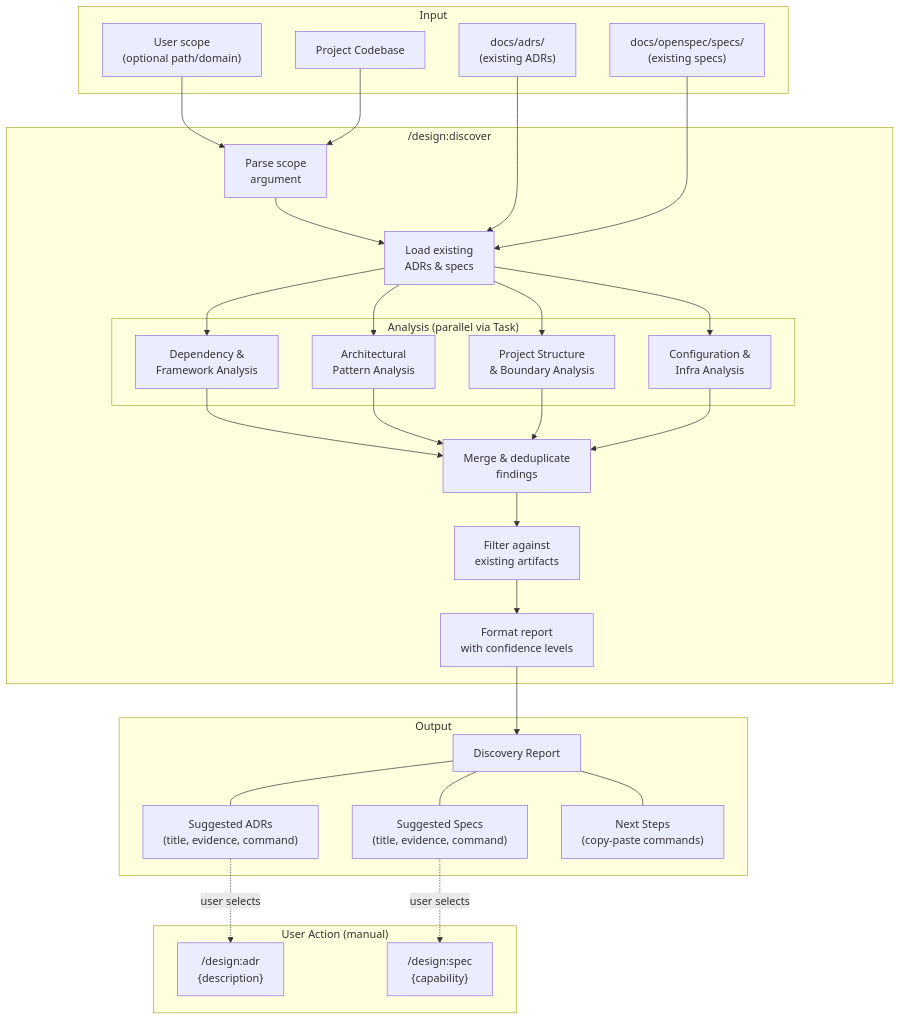
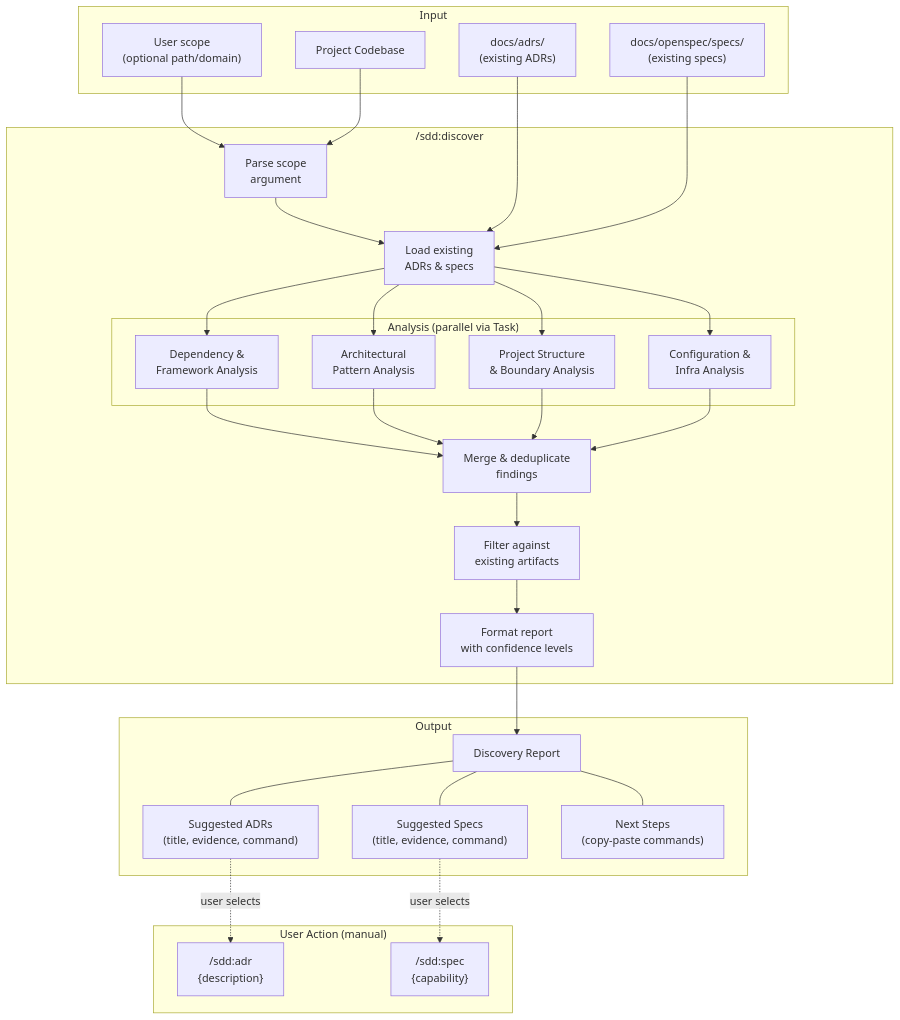
The diagram in docs/openspec/specs/codebase-discovery/design.md (joestump/claude-plugin-design), drawn with Mermaid before and after one commit. The commit also changed other lines of this file and 106 other files, not shown here.

First line of the commit message:
Rename plugin: design → sdd (Spec-Driven Development) (#75)

````diff
--- a/docs/openspec/specs/codebase-discovery/design.md
+++ b/docs/openspec/specs/codebase-discovery/design.md
@@ -59,64 +59,64 @@
 ```mermaid
 flowchart TB
     subgraph "Input"
         scope["User scope\n(optional path/domain)"]
         existing_adrs["docs/adrs/\n(existing ADRs)"]
         existing_specs["docs/openspec/specs/\n(existing specs)"]
         codebase["Project Codebase"]
     end
 
-    subgraph "/design:discover"
+    subgraph "/sdd:discover"
         parse["Parse scope\nargument"]
         load_existing["Load existing\nADRs & specs"]
 
         subgraph "Analysis (parallel via Task)"
             deps["Dependency &\nFramework Analysis"]
             patterns["Architectural\nPattern Analysis"]
             structure["Project Structure\n& Boundary Analysis"]
             config["Configuration &\nInfra Analysis"]
         end
 
         merge["Merge & deduplicate\nfindings"]
         filter["Filter against\nexisting artifacts"]
         format["Format report\nwith confidence levels"]
     end
 
     subgraph "Output"
         report["Discovery Report"]
         suggested_adrs["Suggested ADRs\n(title, evidence, command)"]
         suggested_specs["Suggested Specs\n(title, evidence, command)"]
         next_steps["Next Steps\n(copy-paste commands)"]
     end
 
     subgraph "User Action (manual)"
-        adr_cmd["/design:adr\n{description}"]
-        spec_cmd["/design:spec\n{capability}"]
+        adr_cmd["/sdd:adr\n{description}"]
+        spec_cmd["/sdd:spec\n{capability}"]
     end
 
     scope --> parse
     codebase --> parse
     parse --> load_existing
     existing_adrs --> load_existing
     existing_specs --> load_existing
 
     load_existing --> deps
     load_existing --> patterns
     load_existing --> structure
     load_existing --> config
 
     deps --> merge
     patterns --> merge
     structure --> merge
     config --> merge
 
     merge --> filter
     filter --> format
 
     format --> report
     report --- suggested_adrs
     report --- suggested_specs
     report --- next_steps
 
     suggested_adrs -.->|"user selects"| adr_cmd
     suggested_specs -.->|"user selects"| spec_cmd
 ```
````
